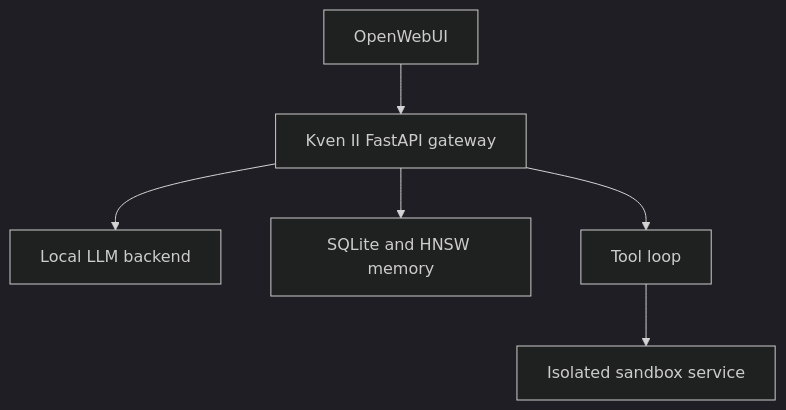
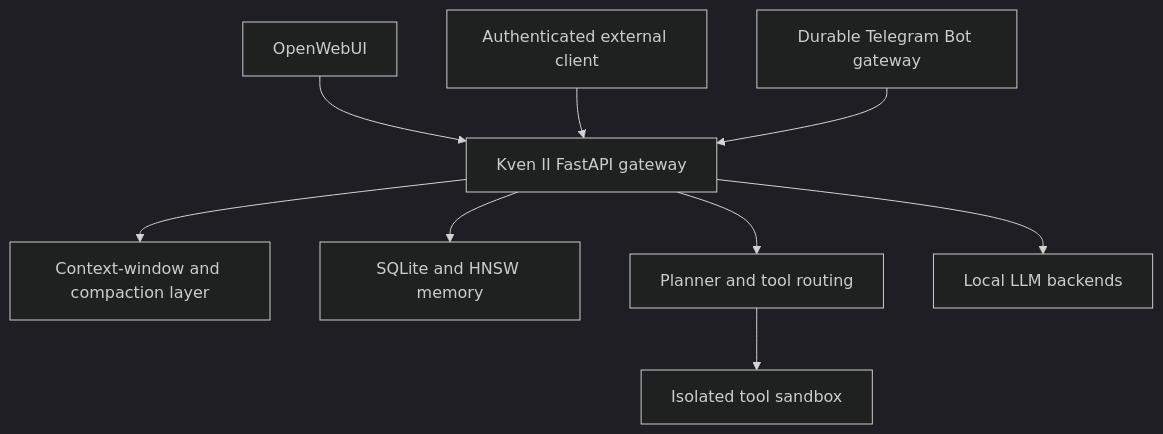
Before and after one commit to eugene-kuris/kven2: the first of 2 diagrams in README.md, drawn with Mermaid (dark theme). The commit also changed other lines of this file and 1 other file, not shown here.

Commit message:
Update project description and architecture statement

````diff
--- a/README.md
+++ b/README.md
@@ -15,8 +54,12 @@
 ```mermaid
 flowchart TD
-    OWUI["OpenWebUI"] --> Gateway["Kven II FastAPI gateway"]
-    Gateway --> LLM["Local LLM backend"]
-    Gateway --> Memory["SQLite and HNSW memory"]
-    Gateway --> Tools["Tool loop"]
-    Tools --> Sandbox["Isolated sandbox service"]
+    OWUI[OpenWebUI] --> API[Kven II FastAPI gateway]
+    Client[Authenticated external client] --> API
+    TGBot[Durable Telegram Bot gateway] --> API
+
+    API --> Context[Context-window and compaction layer]
+    API --> Memory[SQLite and HNSW memory]
+    API --> Router[Planner and tool routing]
+    API --> Models[Local LLM backends]
+    Router --> Sandbox[Isolated tool sandbox]
 ```
````
